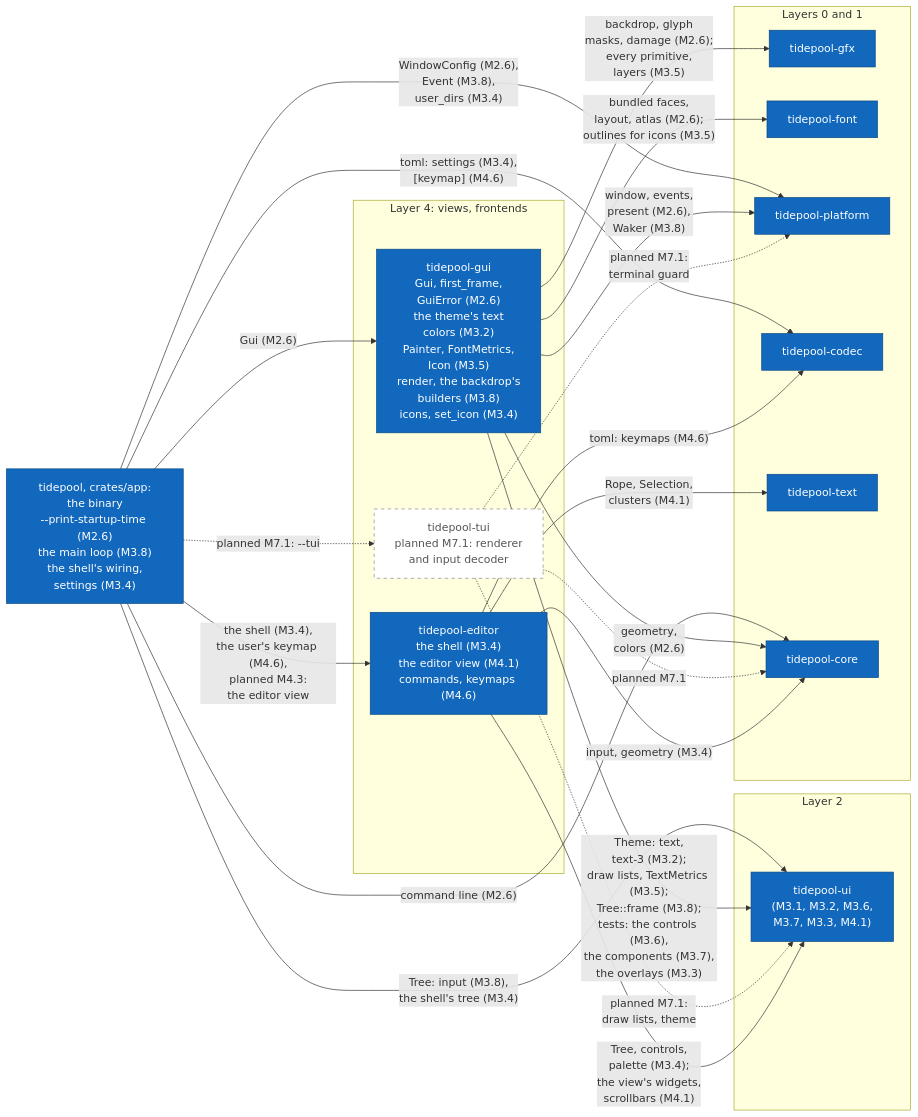
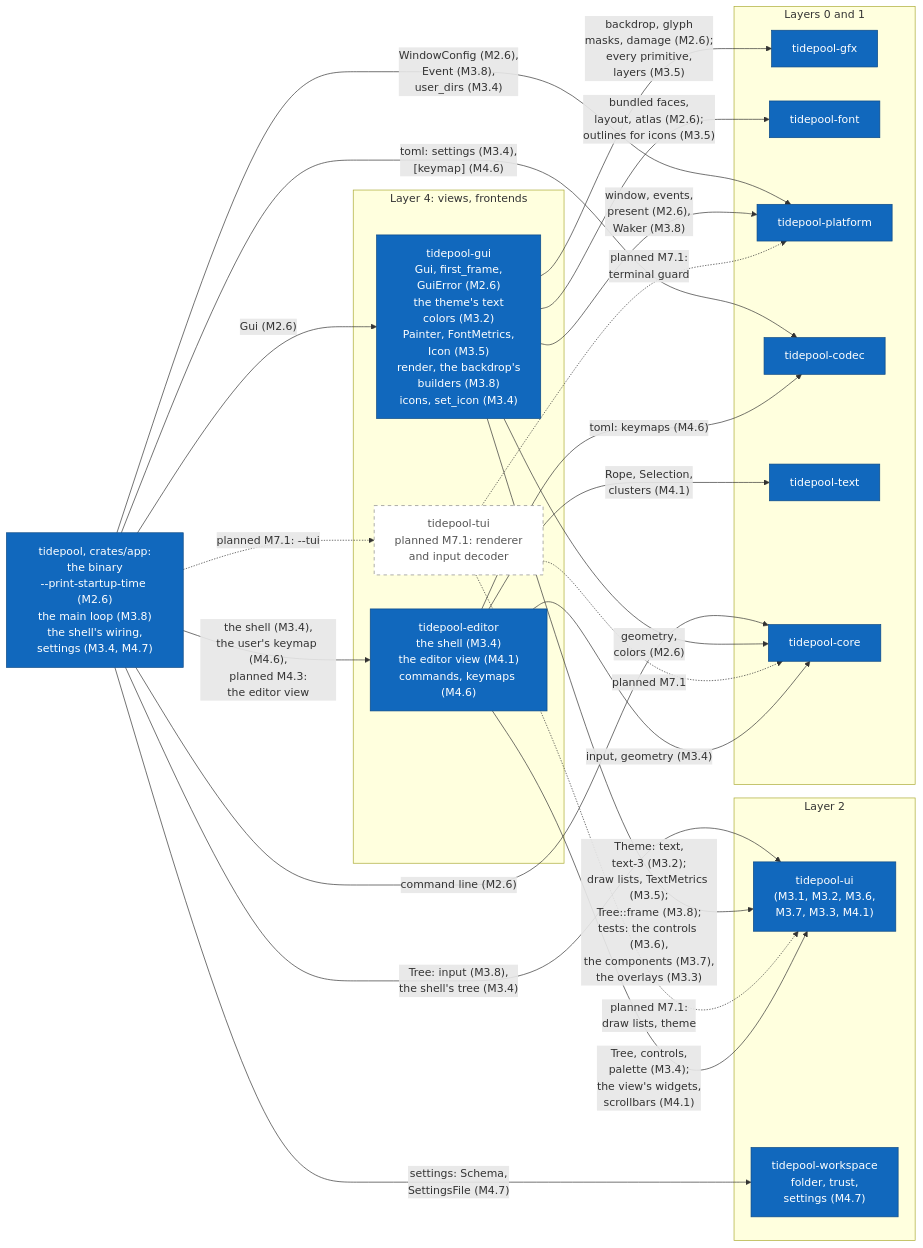
The tenth of 17 diagrams in diagrams/c4-architecture.md (jabbott-iii/Tidepool), drawn with Mermaid before and after one commit. The commit also changed other lines of this file and 54 other files, not shown here.

First line of the commit message:
feat(workspace,app): folders, ignore files, trust and settings (M4.7)

````diff
--- a/diagrams/c4-architecture.md
+++ b/diagrams/c4-architecture.md
@@ -558,45 +562,47 @@
 ```mermaid
 flowchart LR
-    k_app["tidepool, crates/app:<br/>the binary<br/>--print-startup-time (M2.6)<br/>the main loop (M3.8)<br/>the shell's wiring,<br/>settings (M3.4)"]
+    k_app["tidepool, crates/app:<br/>the binary<br/>--print-startup-time (M2.6)<br/>the main loop (M3.8)<br/>the shell's wiring,<br/>settings (M3.4, M4.7)"]
     subgraph L4["Layer 4: views, frontends"]
         k_editor["tidepool-editor<br/>the shell (M3.4)<br/>the editor view (M4.1)<br/>commands, keymaps (M4.6)"]
         k_gui["tidepool-gui<br/>Gui, first_frame,<br/>GuiError (M2.6)<br/>the theme's text<br/>colors (M3.2)<br/>Painter, FontMetrics,<br/>Icon (M3.5)<br/>render, the backdrop's<br/>builders (M3.8)<br/>icons, set_icon (M3.4)"]
         k_tui["tidepool-tui<br/>planned M7.1: renderer<br/>and input decoder"]
     end
     subgraph L2["Layer 2"]
         k_ui["tidepool-ui<br/>(M3.1, M3.2, M3.6,<br/>M3.7, M3.3, M4.1)"]
+        k_workspace["tidepool-workspace<br/>folder, trust,<br/>settings (M4.7)"]
     end
     subgraph L01["Layers 0 and 1"]
         k_gfx["tidepool-gfx"]
         k_font["tidepool-font"]
         k_platform["tidepool-platform"]
         k_codec["tidepool-codec"]
         k_text["tidepool-text"]
         k_core["tidepool-core"]
     end
 
     k_app -->|"Gui (M2.6)"| k_gui
     k_app -.->|"planned M7.1: --tui"| k_tui
     k_app -->|"the shell (M3.4),<br/>the user's keymap (M4.6),<br/>planned M4.3:<br/>the editor view"| k_editor
     k_app -->|"Tree: input (M3.8),<br/>the shell's tree (M3.4)"| k_ui
     k_app -->|"toml: settings (M3.4),<br/>[keymap] (M4.6)"| k_codec
+    k_app -->|"settings: Schema,<br/>SettingsFile (M4.7)"| k_workspace
     k_app -->|"WindowConfig (M2.6),<br/>Event (M3.8),<br/>user_dirs (M3.4)"| k_platform
     k_app -->|"command line (M2.6)"| k_core
     k_gui -->|"geometry,<br/>colors (M2.6)"| k_core
     k_gui -->|"window, events,<br/>present (M2.6),<br/>Waker (M3.8)"| k_platform
     k_gui -->|"backdrop, glyph<br/>masks, damage (M2.6);<br/>every primitive,<br/>layers (M3.5)"| k_gfx
     k_gui -->|"bundled faces,<br/>layout, atlas (M2.6);<br/>outlines for icons (M3.5)"| k_font
     k_gui -->|"Theme: text,<br/>text-3 (M3.2);<br/>draw lists, TextMetrics (M3.5);<br/>Tree::frame (M3.8);<br/>tests: the controls (M3.6),<br/>the components (M3.7),<br/>the overlays (M3.3)"| k_ui
     k_tui -.->|"planned M7.1"| k_core
     k_tui -.->|"planned M7.1:<br/>terminal guard"| k_platform
     k_tui -.->|"planned M7.1:<br/>draw lists, theme"| k_ui
     k_editor -->|"Tree, controls,<br/>palette (M3.4);<br/>the view's widgets,<br/>scrollbars (M4.1)"| k_ui
     k_editor -->|"input, geometry (M3.4)"| k_core
     k_editor -->|"Rope, Selection,<br/>clusters (M4.1)"| k_text
     k_editor -->|"toml: keymaps (M4.6)"| k_codec
 
     classDef built fill:#1168bd,stroke:#0b4884,color:#ffffff
     classDef planned fill:#ffffff,stroke:#888888,stroke-dasharray: 5 5,color:#555555
-    class k_app,k_editor,k_gui,k_platform,k_codec,k_text,k_gfx,k_font,k_core,k_ui built
+    class k_app,k_editor,k_gui,k_platform,k_codec,k_text,k_gfx,k_font,k_core,k_ui,k_workspace built
     class k_tui planned
 ```
````
